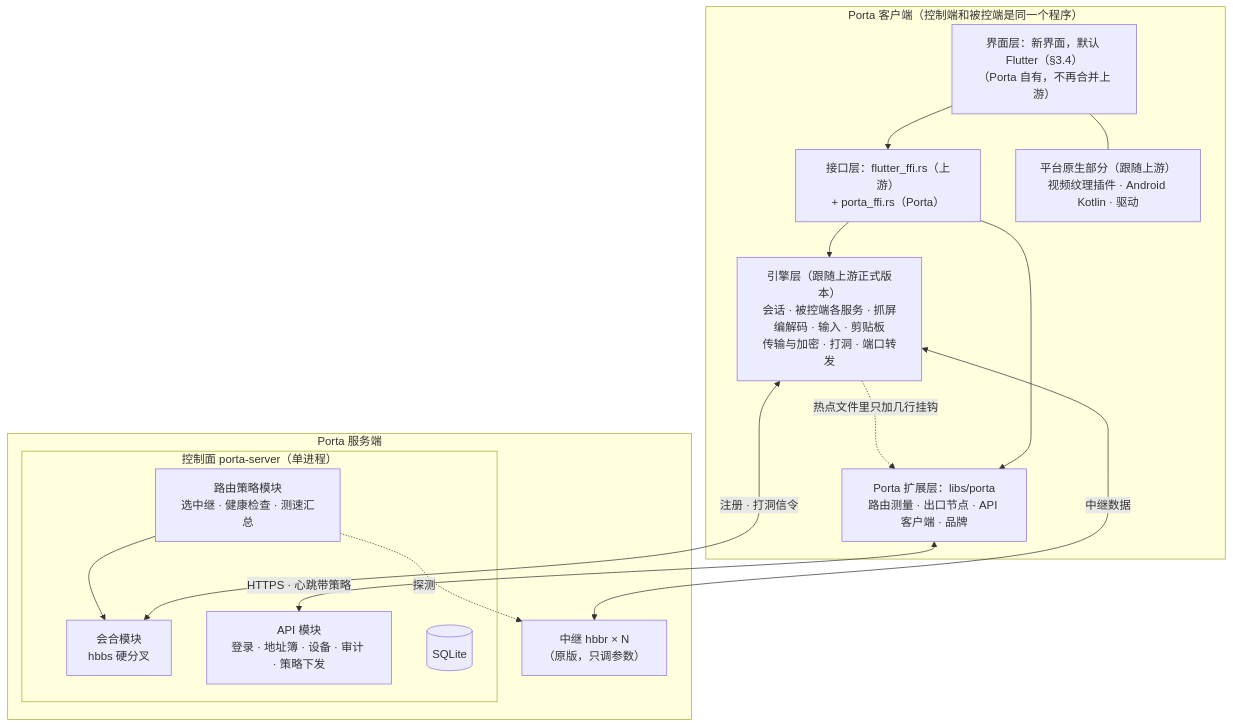
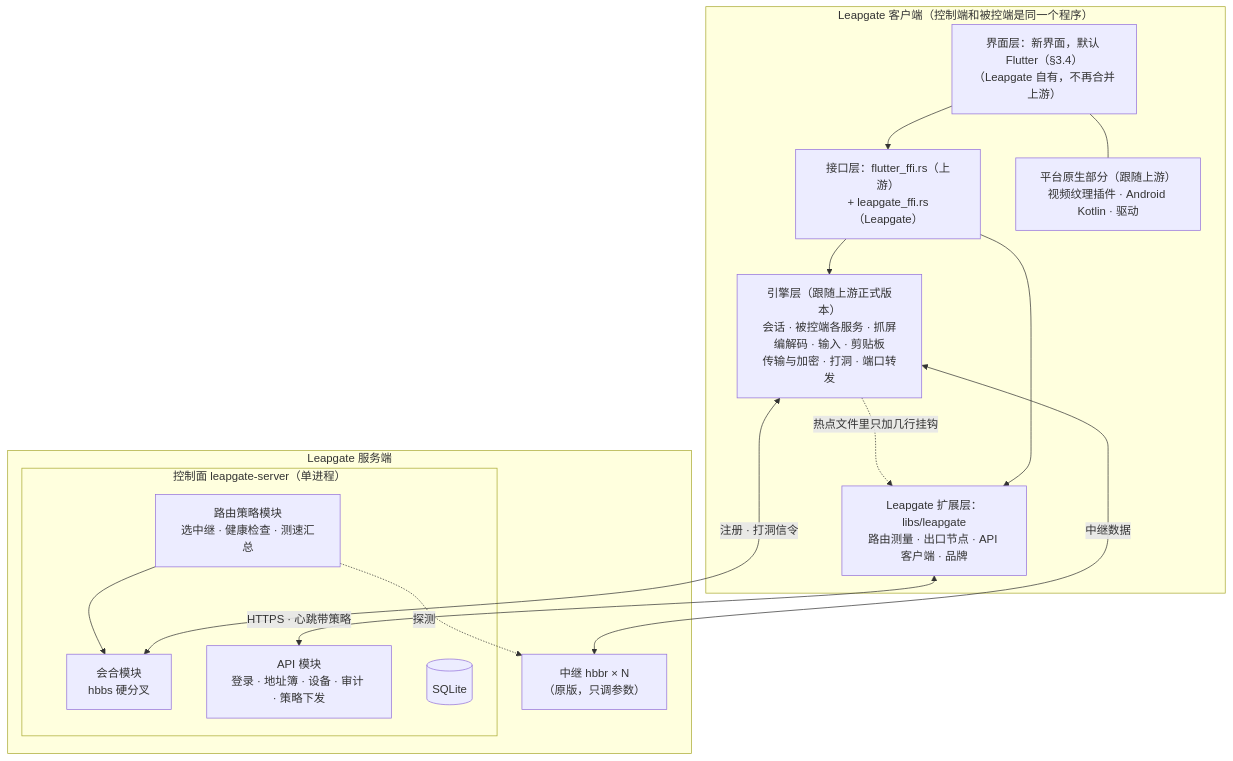
The diagram in docs/architecture.md (Ogannesson/leapgate), drawn with Mermaid before and after one commit. The commit also changed other lines of this file and 35 other files, not shown here.

Commit message:
Rename Porta → Leapgate (跃门): current docs, contracts and build scripts use the new name, research notes annotated with the working name at the time

````diff
--- a/docs/architecture.md
+++ b/docs/architecture.md
@@ -38,29 +39,29 @@
 ```mermaid
 flowchart TB
-  subgraph C["Porta 客户端（控制端和被控端是同一个程序）"]
-    UI["界面层：新界面，默认 Flutter（§3.4）<br/>（Porta 自有，不再合并上游）"]
-    FFI["接口层：flutter_ffi.rs（上游）<br/>+ porta_ffi.rs（Porta）"]
-    EXT["Porta 扩展层：libs/porta<br/>路由测量 · 出口节点 · API 客户端 · 品牌"]
+  subgraph C["Leapgate 客户端（控制端和被控端是同一个程序）"]
+    UI["界面层：新界面，默认 Flutter（§3.4）<br/>（Leapgate 自有，不再合并上游）"]
+    FFI["接口层：flutter_ffi.rs（上游）<br/>+ leapgate_ffi.rs（Leapgate）"]
+    EXT["Leapgate 扩展层：libs/leapgate<br/>路由测量 · 出口节点 · API 客户端 · 品牌"]
     ENG["引擎层（跟随上游正式版本）<br/>会话 · 被控端各服务 · 抓屏编解码 · 输入 · 剪贴板<br/>传输与加密 · 打洞 · 端口转发"]
     NATIVE["平台原生部分（跟随上游）<br/>视频纹理插件 · Android Kotlin · 驱动"]
     UI --> FFI
     FFI --> ENG
     FFI --> EXT
     ENG -.->|"热点文件里只加几行挂钩"| EXT
     UI --- NATIVE
   end
-  subgraph S["Porta 服务端"]
-    subgraph CP["控制面 porta-server（单进程）"]
+  subgraph S["Leapgate 服务端"]
+    subgraph CP["控制面 leapgate-server（单进程）"]
       RV["会合模块<br/>hbbs 硬分叉"]
       API["API 模块<br/>登录 · 地址簿 · 设备 · 审计 · 策略下发"]
       RT["路由策略模块<br/>选中继 · 健康检查 · 测速汇总"]
       DB[("SQLite")]
     end
     RELAY["中继 hbbr × N<br/>（原版，只调参数）"]
   end
   ENG <-->|"注册 · 打洞信令"| RV
   EXT <-->|"HTTPS · 心跳带策略"| API
   ENG <-->|"中继数据"| RELAY
   RT --> RV
   RT -.->|"探测"| RELAY
 ```
````
